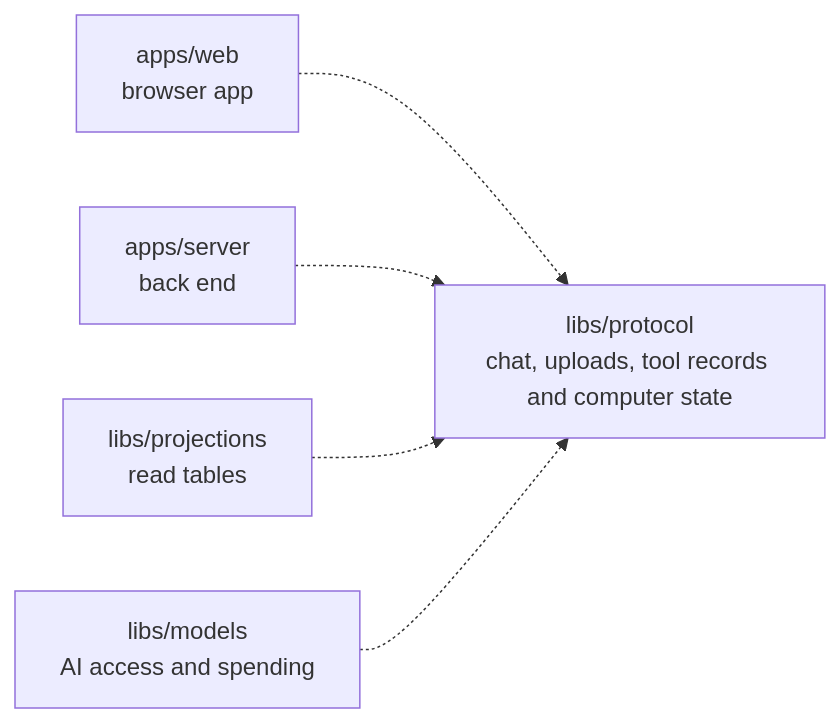
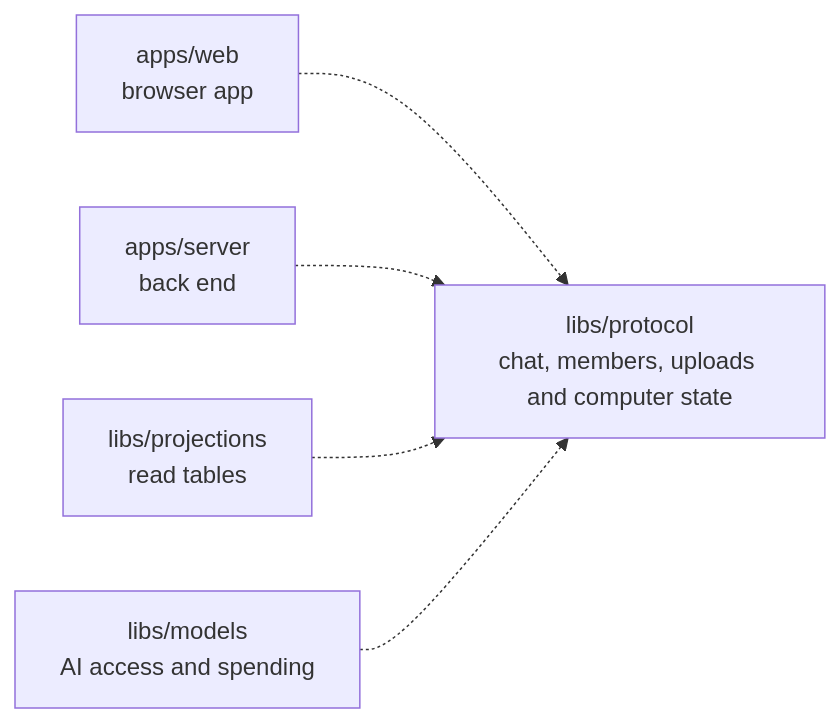
The diagram in libs/protocol/README.md (elewa-git/opencrane-new), drawn with Mermaid before and after one commit. The commit also changed other lines of this file and 15 other files, not shown here.

````diff
--- a/libs/protocol/README.md
+++ b/libs/protocol/README.md
@@ -11,7 +11,7 @@
 ```mermaid
 flowchart LR
-  web["apps/web<br/>browser app"] -.-> protocol["libs/protocol<br/>chat, uploads, tool records and computer state"]
+  web["apps/web<br/>browser app"] -.-> protocol["libs/protocol<br/>chat, members, uploads and computer state"]
   server["apps/server<br/>back end"] -.-> protocol
   projections["libs/projections<br/>read tables"] -.-> protocol
   models["libs/models<br/>AI access and spending"] -.-> protocol
 ```
````
